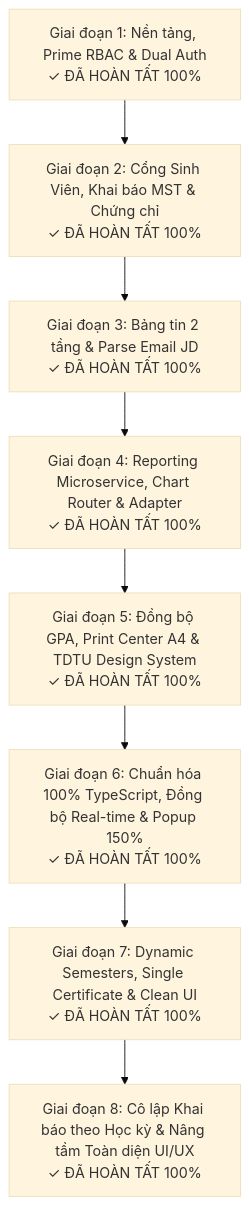
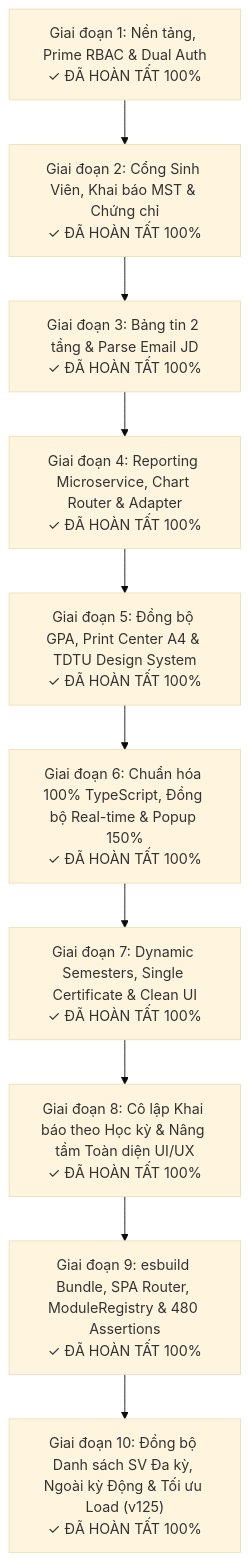
The diagram in docs/BAO_CAO_CHI_TIET_DU_AN_TONG_THE_DB_CNTT.md (nhan1232004/DB_CNTT), drawn with Mermaid (base theme) before and after one commit. The commit also changed other lines of this file and 6 other files, not shown here.

````diff
--- a/docs/BAO_CAO_CHI_TIET_DU_AN_TONG_THE_DB_CNTT.md
+++ b/docs/BAO_CAO_CHI_TIET_DU_AN_TONG_THE_DB_CNTT.md
@@ -30,13 +30,15 @@
 ```mermaid
 flowchart TD
     P1["Giai đoạn 1: Nền tảng, Prime RBAC & Dual Auth<br/>✓ ĐÃ HOÀN TẤT 100%"]
     P2["Giai đoạn 2: Cổng Sinh Viên, Khai báo MST & Chứng chỉ<br/>✓ ĐÃ HOÀN TẤT 100%"]
     P3["Giai đoạn 3: Bảng tin 2 tầng & Parse Email JD<br/>✓ ĐÃ HOÀN TẤT 100%"]
     P4["Giai đoạn 4: Reporting Microservice, Chart Router & Adapter<br/>✓ ĐÃ HOÀN TẤT 100%"]
     P5["Giai đoạn 5: Đồng bộ GPA, Print Center A4 & TDTU Design System<br/>✓ ĐÃ HOÀN TẤT 100%"]
     P6["Giai đoạn 6: Chuẩn hóa 100% TypeScript, Đồng bộ Real-time & Popup 150%<br/>✓ ĐÃ HOÀN TẤT 100%"]
     P7["Giai đoạn 7: Dynamic Semesters, Single Certificate & Clean UI<br/>✓ ĐÃ HOÀN TẤT 100%"]
     P8["Giai đoạn 8: Cô lập Khai báo theo Học kỳ & Nâng tầm Toàn diện UI/UX<br/>✓ ĐÃ HOÀN TẤT 100%"]
+    P9["Giai đoạn 9: esbuild Bundle, SPA Router, ModuleRegistry & 480 Assertions<br/>✓ ĐÃ HOÀN TẤT 100%"]
+    P10["Giai đoạn 10: Đồng bộ Danh sách SV Đa kỳ, Ngoài kỳ Động & Tối ưu Load (v125)<br/>✓ ĐÃ HOÀN TẤT 100%"]
 
-    P1 --> P2 --> P3 --> P4 --> P5 --> P6 --> P7 --> P8
+    P1 --> P2 --> P3 --> P4 --> P5 --> P6 --> P7 --> P8 --> P9 --> P10
 ```
````
